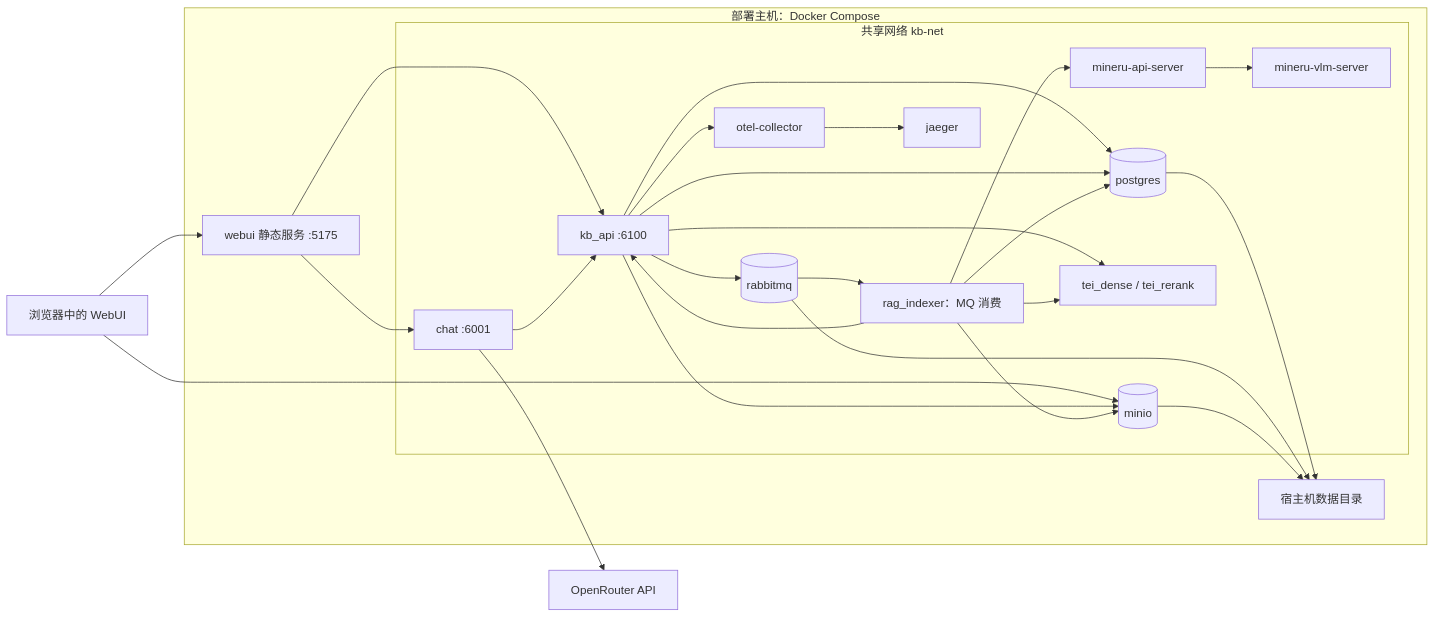
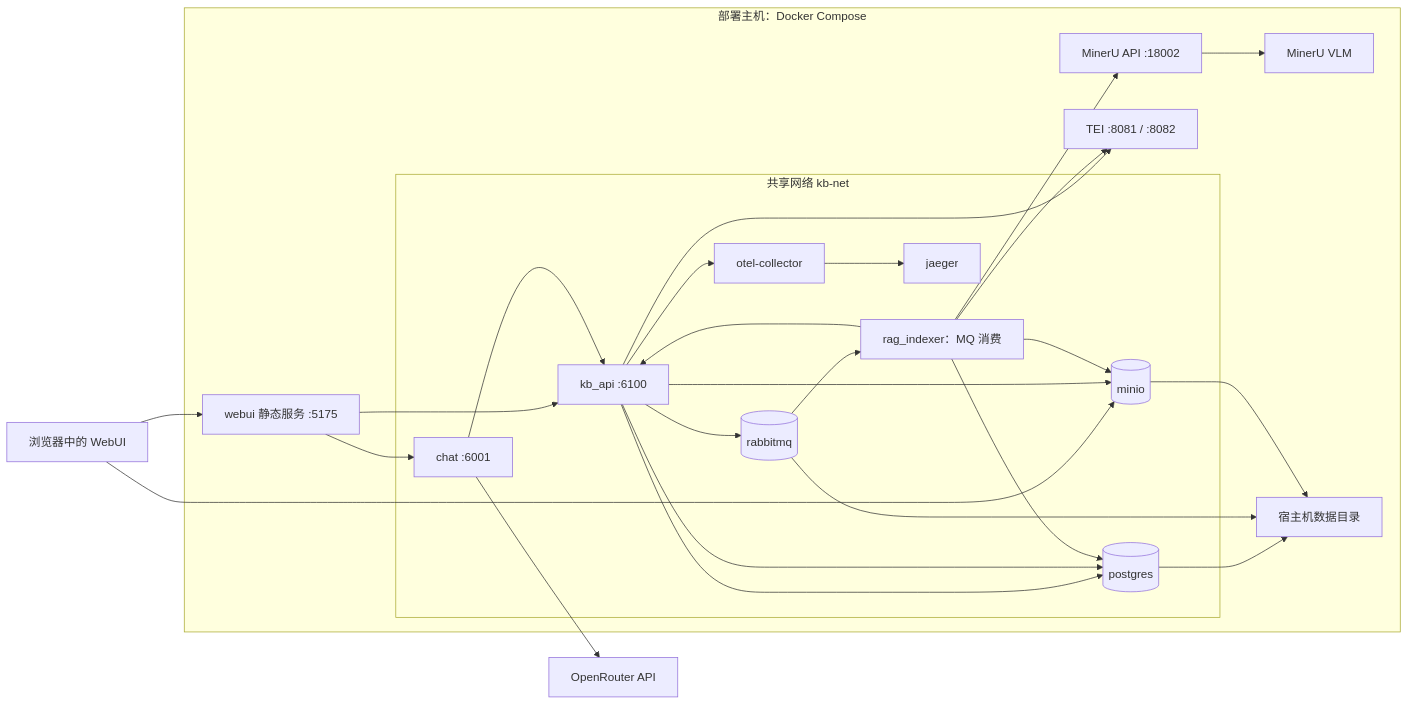
Before and after one commit to guobinqiu/kb: the second of 4 diagrams in docs/interaction-design.md, drawn with Mermaid. The commit also changed other lines of this file and 84 other files, not shown here.

````diff
--- a/docs/interaction-design.md
+++ b/docs/interaction-design.md
@@ -51,47 +51,47 @@
 ```mermaid
 flowchart LR
     Browser["浏览器中的 WebUI"]
 
     subgraph Host["部署主机：Docker Compose"]
         WebUI["webui 静态服务 :5175"]
 
         subgraph Network["共享网络 kb-net"]
             KB["kb_api :6100"]
             Chat["chat :6001"]
             Indexer["rag_indexer：MQ 消费"]
             Postgres[(postgres)]
             RabbitMQ[(rabbitmq)]
             MinIO[(minio)]
-            TEI["tei_dense / tei_rerank"]
-            MinerU["mineru-api-server"]
-            VLM["mineru-vlm-server"]
             Collector["otel-collector"]
             Jaeger["jaeger"]
         end
 
+        TEI["TEI :8081 / :8082"]
+        MinerU["MinerU API :18002"]
+        VLM["MinerU VLM"]
         Data["宿主机数据目录"]
     end
 
     OpenRouter["OpenRouter API"]
 
     Browser --> WebUI
     Browser --> MinIO
     WebUI --> KB
     WebUI --> Chat
     Chat --> KB
     Chat --> OpenRouter
     KB --> Postgres
     KB --> RabbitMQ --> Indexer
     Indexer --> KB
     KB --> MinIO
     Indexer --> MinIO
     KB --> Postgres
     Indexer --> Postgres
     KB --> TEI
     Indexer --> TEI
     Indexer --> MinerU --> VLM
     KB --> Collector --> Jaeger
     Postgres --> Data
     RabbitMQ --> Data
     MinIO --> Data
 ```
````
